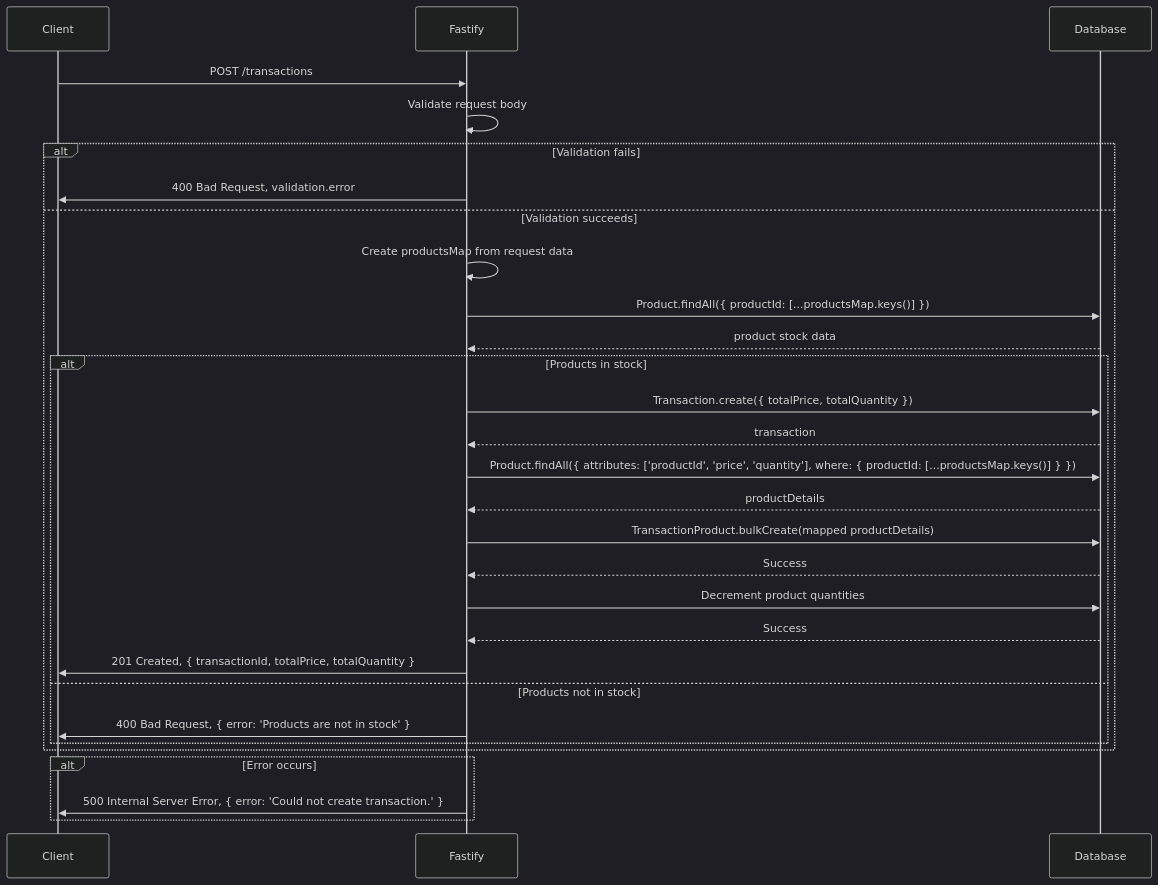
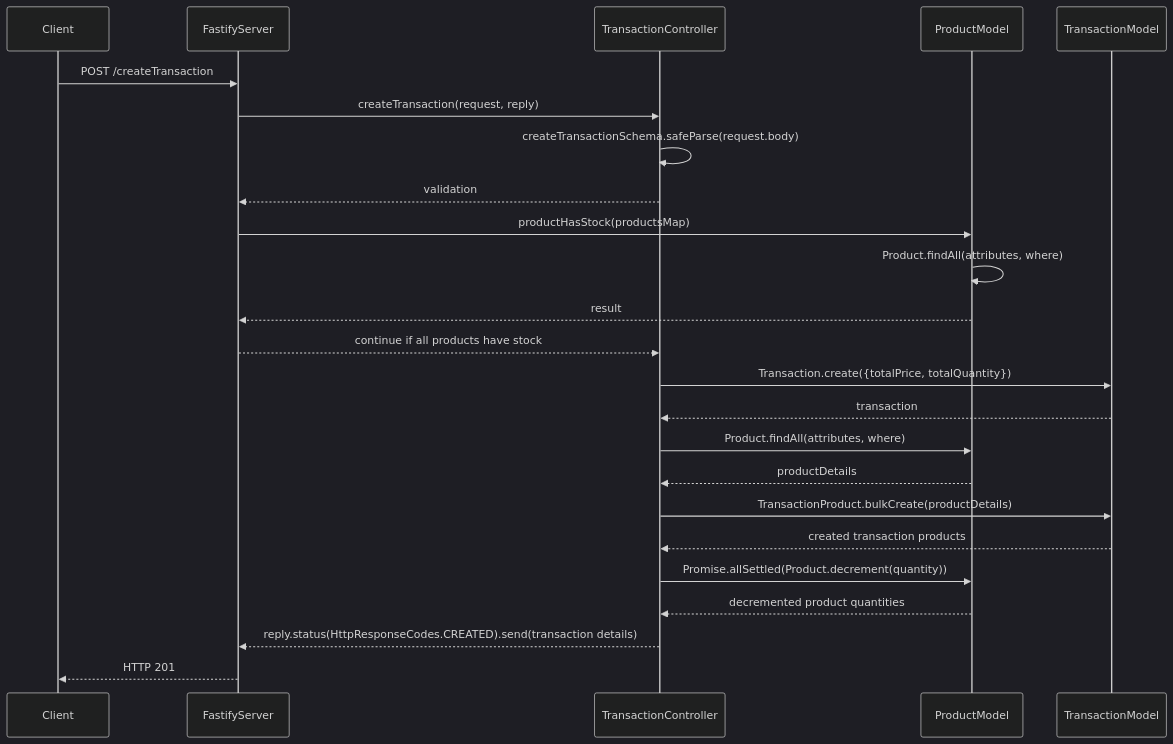
The first of 2 diagrams in src/modules/transaction/README.md (JohnsonJay/pos), drawn with Mermaid (dark theme) before and after one commit. The commit also changed other lines of this file, not shown here.

Commit message:
updated transaction module readme

````diff
--- a/src/modules/transaction/README.md
+++ b/src/modules/transaction/README.md
@@ -4,33 +4,28 @@
 ```mermaid
 sequenceDiagram
     participant Client
-    participant Fastify
-    participant Database
+    participant FastifyServer
+    participant TransactionController
+    participant ProductModel
+    participant TransactionModel
 
-    Client->>Fastify: POST /transactions
-    Fastify->>Fastify: Validate request body
-    alt Validation fails
-        Fastify->>Client: 400 Bad Request, validation.error
-    else Validation succeeds
-        Fastify->>Fastify: Create productsMap from request data
-        Fastify->>Database: Product.findAll({ productId: [...productsMap.keys()] })
-        Database-->>Fastify: product stock data
-        alt Products in stock
-            Fastify->>Database: Transaction.create({ totalPrice, totalQuantity })
-            Database-->>Fastify: transaction
-            Fastify->>Database: Product.findAll({ attributes: ['productId', 'price', 'quantity'], where: { productId: [...productsMap.keys()] } })
-            Database-->>Fastify: productDetails
-            Fastify->>Database: TransactionProduct.bulkCreate(mapped productDetails)
-            Database-->>Fastify: Success
-            Fastify->>Database: Decrement product quantities
-            Database-->>Fastify: Success
-            Fastify->>Client: 201 Created, { transactionId, totalPrice, totalQuantity }
-        else Products not in stock
-            Fastify->>Client: 400 Bad Request, { error: 'Products are not in stock' }
-        end
-    end
-    alt Error occurs
-        Fastify->>Client: 500 Internal Server Error, { error: 'Could not create transaction.' }
-    end
+    Client->>FastifyServer: POST /createTransaction
+    FastifyServer->>TransactionController: createTransaction(request, reply)
+    TransactionController->>TransactionController: createTransactionSchema.safeParse(request.body)
+    TransactionController-->>FastifyServer: validation
+    FastifyServer->>ProductModel: productHasStock(productsMap)
+    ProductModel->>ProductModel: Product.findAll(attributes, where)
+    ProductModel-->>FastifyServer: result
+    FastifyServer-->>TransactionController: continue if all products have stock
+    TransactionController->>TransactionModel: Transaction.create({totalPrice, totalQuantity})
+    TransactionModel-->>TransactionController: transaction
+    TransactionController->>ProductModel: Product.findAll(attributes, where)
+    ProductModel-->>TransactionController: productDetails
+    TransactionController->>TransactionModel: TransactionProduct.bulkCreate(productDetails)
+    TransactionModel-->>TransactionController: created transaction products
+    TransactionController->>ProductModel: Promise.allSettled(Product.decrement(quantity))
+    ProductModel-->>TransactionController: decremented product quantities
+    TransactionController-->>FastifyServer: reply.status(HttpResponseCodes.CREATED).send(transaction details)
+    FastifyServer-->>Client: HTTP 201
 
 ```
````
